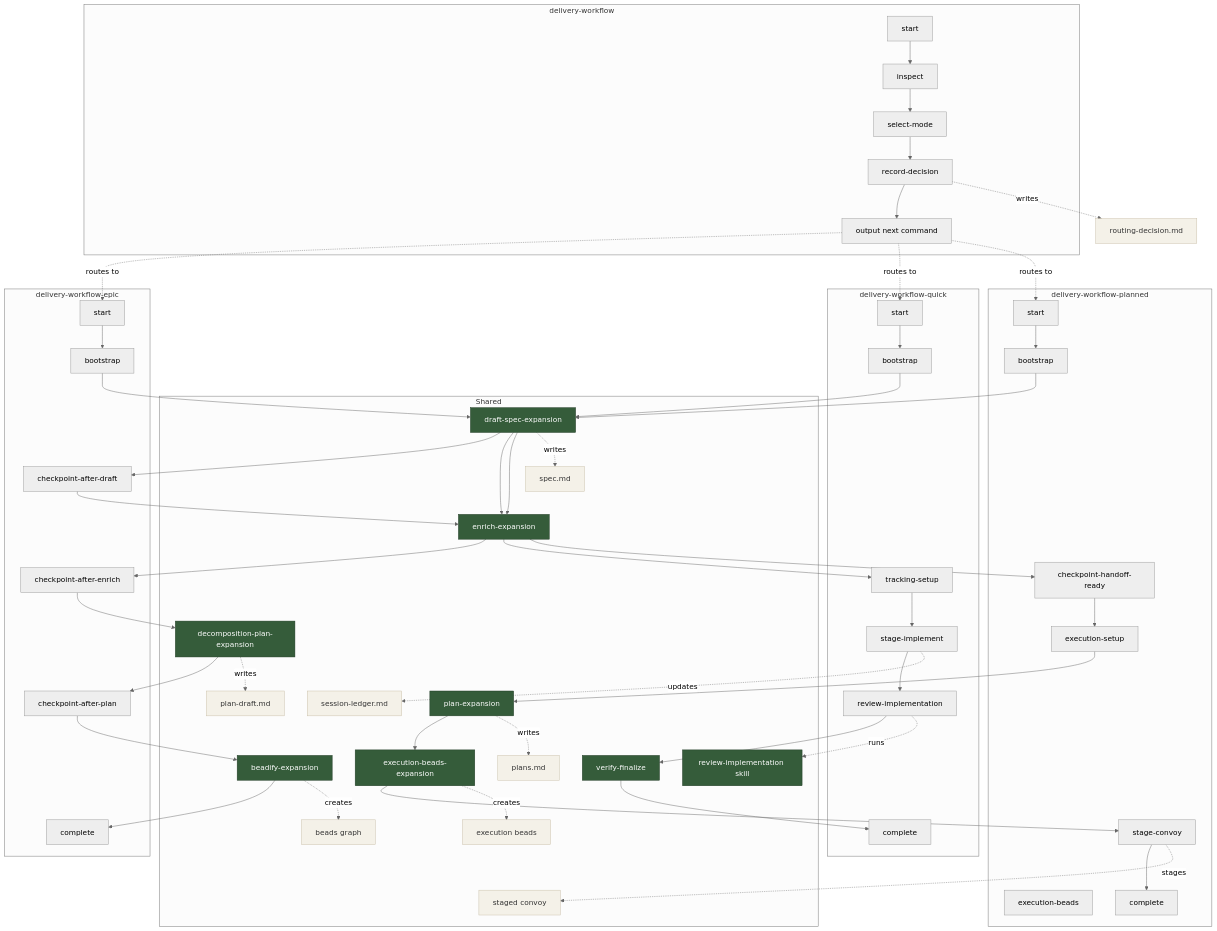
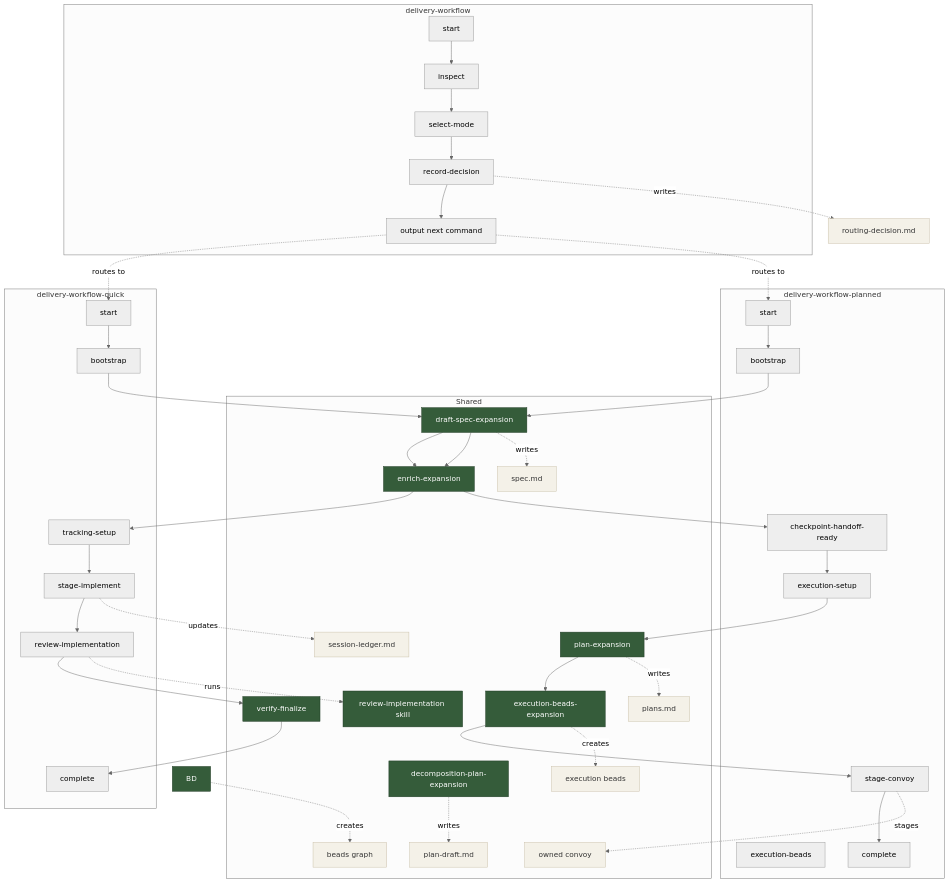
One commit to corymhall/toolkit changed the diagram in gascity/formulas/README.md. Above: the diagram before and after it, drawn with Mermaid (neutral theme). The commit also changed other lines of this file and 20 other files, not shown here.

```diff
--- a/gascity/formulas/README.md
+++ b/gascity/formulas/README.md
@@ -74,7 +83,6 @@
         DP["decomposition-plan-expansion"]
         PL["plan-expansion"]
         EB["execution-beads-expansion"]
-        BD["beadify-expansion"]
 
         VF["verify-finalize"]
         RS["review-implementation skill"]
@@ -84,17 +92,8 @@
         PLANS["plans.md"]
         EXEC_BEADS["execution beads"]
         BEADS["beads graph"]
-        CONVOY["staged convoy"]
+        CONVOY["owned convoy"]
         LEDGER["session-ledger.md"]
-    end
-
-    subgraph EPIC["delivery-workflow-epic"]
-        EDW_START["start"]
-        EDW_BOOT["bootstrap"]
-        EDW_C1["checkpoint-after-draft"]
-        EDW_C2["checkpoint-after-enrich"]
-        EDW_C3["checkpoint-after-plan"]
-        EDW_DONE["complete"]
     end
 
     subgraph DELIV1["delivery-workflow-quick"]
@@ -128,19 +127,8 @@
     DR_INSPECT --> DR_SELECT
     DR_SELECT --> DR_RECORD
     DR_RECORD --> DR_DONE
-    DR_DONE -. routes to .-> EDW_START
     DR_DONE -. routes to .-> DW_START
     DR_DONE -. routes to .-> DW2_START
-
-    EDW_START --> EDW_BOOT
-    EDW_BOOT --> DS
-    DS --> EDW_C1
-    EDW_C1 --> EN
-    EN --> EDW_C2
-    EDW_C2 --> DP
-    DP --> EDW_C3
-    EDW_C3 --> BD
-    BD --> EDW_DONE
 
     DW_START --> DW_BOOT
     DW_BOOT --> DS
```
